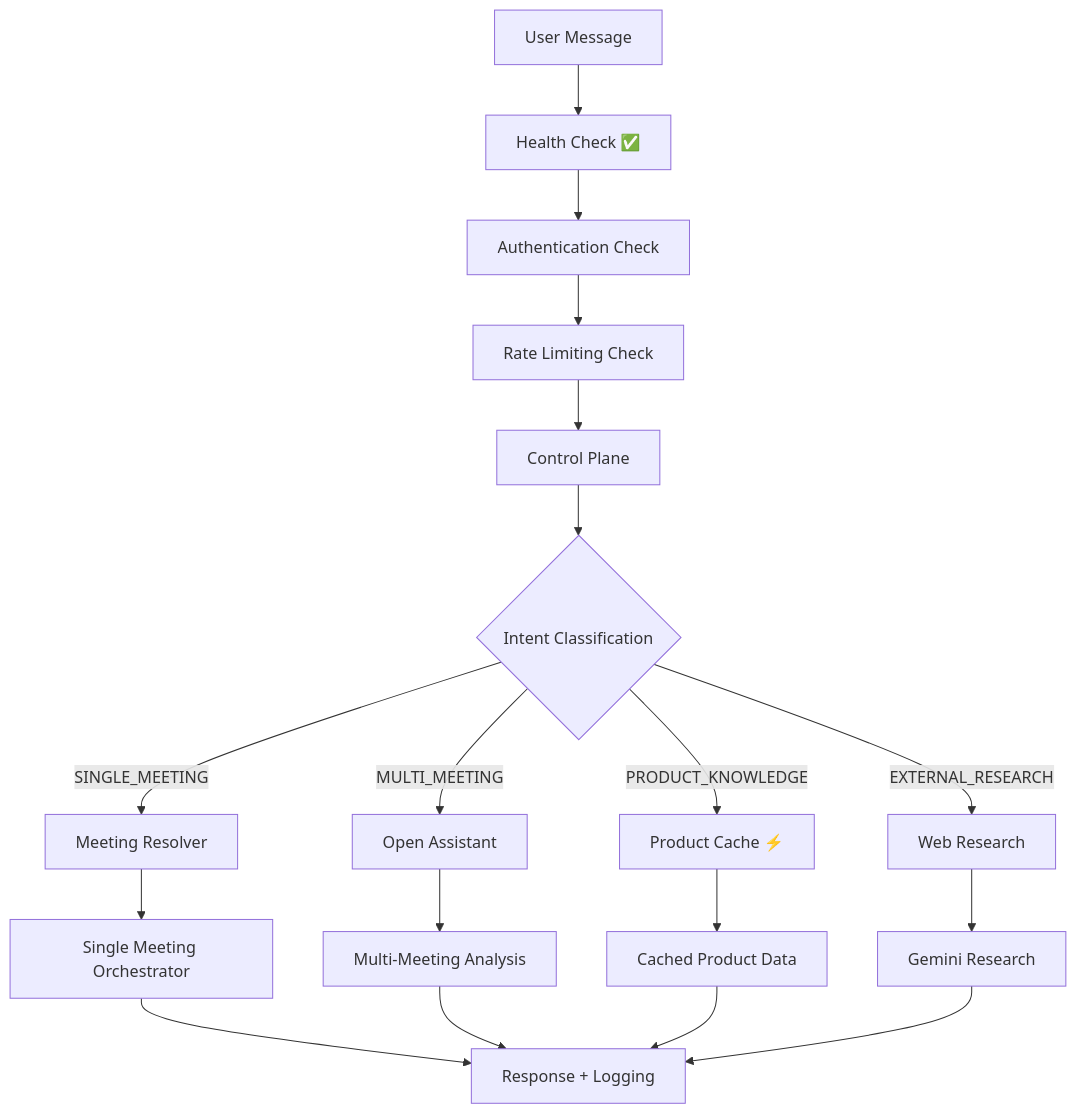
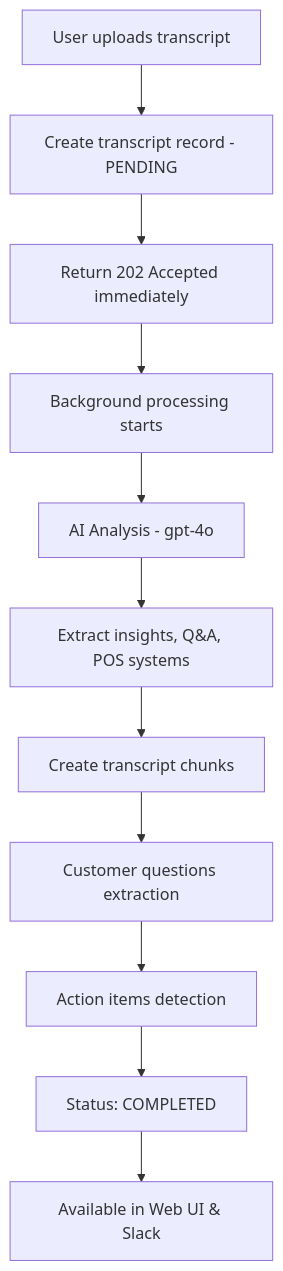
One commit to Ops-Team-Leverege/Mustard changed the first of 2 diagrams in docs/SYSTEM_CONCEPTUAL_MAP.md. Above: the diagram before and after it, drawn with Mermaid. The commit also changed other lines of this file and 2 other files, not shown here.

First line of the commit message:
Update documentation to reflect actual Decision Layer architecture

````diff
--- a/docs/SYSTEM_CONCEPTUAL_MAP.md
+++ b/docs/SYSTEM_CONCEPTUAL_MAP.md
@@ -141,22 +167,13 @@
 ```mermaid
 graph TD
-    A[User Message] --> B[Health Check ✅]
-    B --> C[Authentication Check]
-    C --> D[Rate Limiting Check]
-    D --> E[Control Plane]
-    E --> F{Intent Classification}
-    F -->|SINGLE_MEETING| G[Meeting Resolver]
-    F -->|MULTI_MEETING| H[Open Assistant]
-    F -->|PRODUCT_KNOWLEDGE| I[Product Cache ⚡]
-    F -->|EXTERNAL_RESEARCH| J[Web Research]
-    
-    G --> K[Single Meeting Orchestrator]
-    H --> L[Multi-Meeting Analysis]
-    I --> M[Cached Product Data]
-    J --> N[Gemini Research]
-    
-    K --> O[Response + Logging]
-    L --> O
-    M --> O
-    N --> O
+    A[User uploads transcript] --> B[Create transcript record - PENDING]
+    B --> C[Return 202 Accepted immediately]
+    C --> D[Background processing starts]
+    D --> E[AI Analysis - gpt-4o]
+    E --> F[Extract insights, Q&A, POS systems]
+    F --> G[Create transcript chunks]
+    G --> H[Customer questions extraction]
+    H --> I[Action items detection]
+    I --> J[Status: COMPLETED]
+    J --> K[Available in Web UI & Slack]
 ```
````
